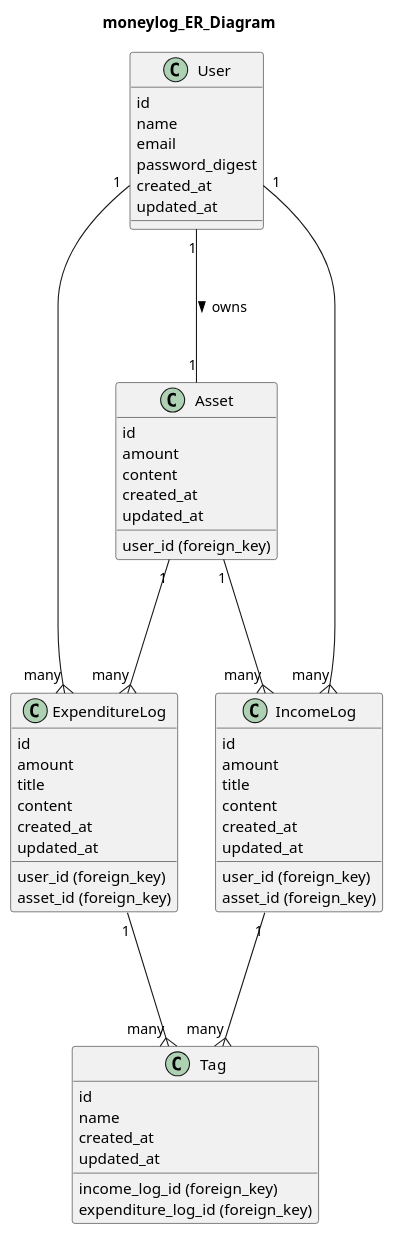
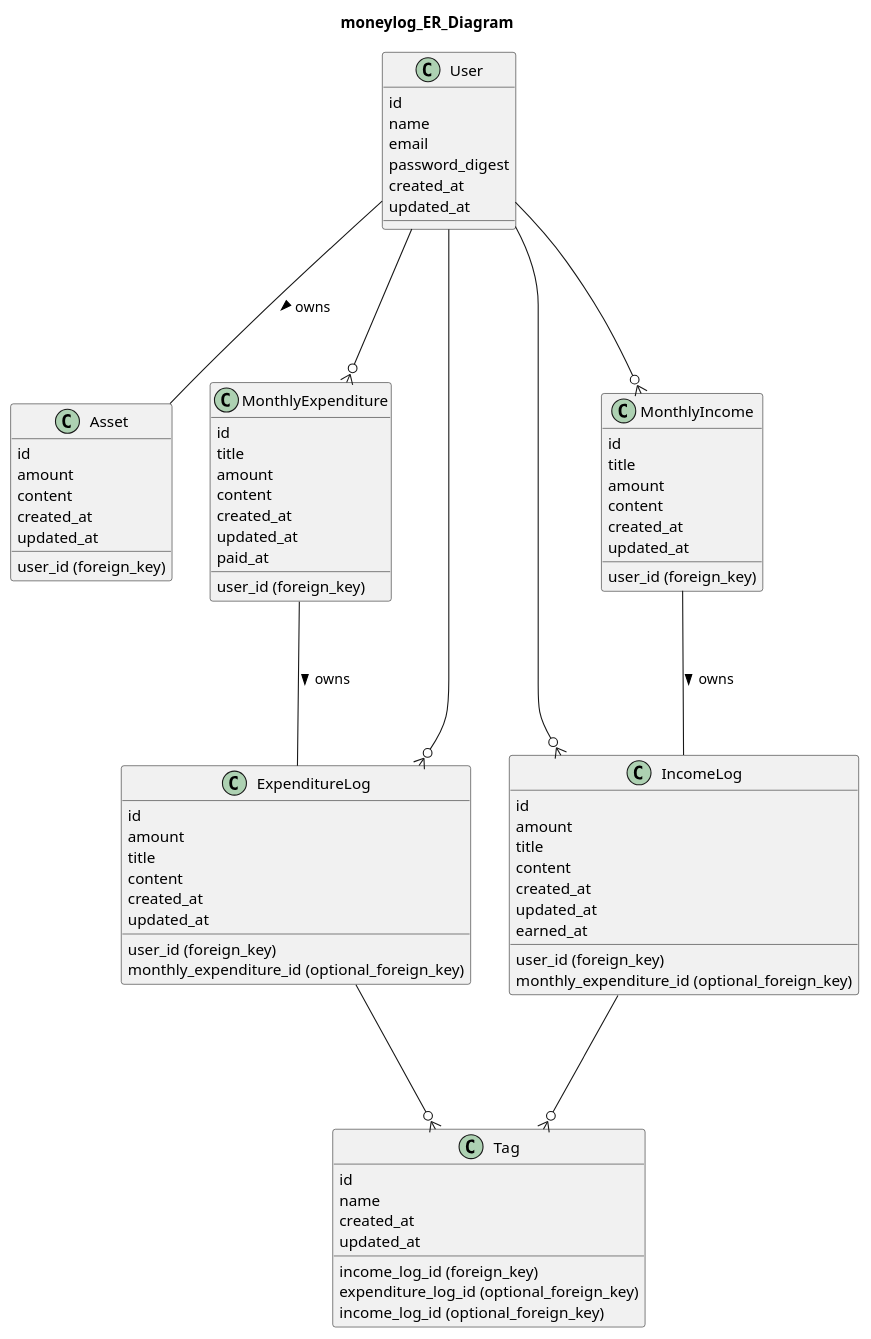
One commit to digitter/moneylog changed the diagram in moneylog_doc/moneylog_uml.pu. Above: the diagram before and after it, drawn with PlantUML.

Commit message:
update uml

```diff
--- a/moneylog_doc/moneylog_uml.pu
+++ b/moneylog_doc/moneylog_uml.pu
@@ -1,59 +1,82 @@
 @startuml
   title moneylog_ER_Diagram
 
   ' Relationship
-  User "1" --- "1" Asset: owns >
-  User "1" ---{ "many" ExpenditureLog
-  User "1" ---{ "many" IncomeLog
+  User --- Asset: owns >
+  User ---o{ ExpenditureLog
+  User ---o{ IncomeLog
+  User ---o{ MonthlyExpenditure
+  User ---o{ MonthlyIncome
 
-  Asset "1" ---{ "many" ExpenditureLog
-  Asset "1" ---{ "many" IncomeLog
+  MonthlyExpenditure --- ExpenditureLog: owns >
+  MonthlyIncome --- IncomeLog: owns >
 
-  IncomeLog "1" ---{ "many" Tag
-  ExpenditureLog "1" ---{ "many" Tag
+  IncomeLog ---o{ Tag
+  ExpenditureLog ---o{ Tag
 
   class User {
     id
     name
     email
     password_digest
     created_at
     updated_at
   }
   class Asset {
     id
     user_id (foreign_key)
     amount
     content
     created_at
     updated_at
   }
+  class MonthlyExpenditure {
+    id
+    user_id (foreign_key)
+    title
+    amount
+    content
+    created_at
+    updated_at
+    paid_at
+  }
+  class MonthlyIncome {
+    id
+    user_id (foreign_key)
+    title
+    amount
+    content
+    created_at
+    updated_at
+  }
   class IncomeLog {
     id
     user_id (foreign_key)
-    asset_id (foreign_key)
+    monthly_expenditure_id (optional_foreign_key)
     amount
     title
     content
     created_at
     updated_at
+    earned_at
   }
   class ExpenditureLog {
     id
     user_id (foreign_key)
-    asset_id (foreign_key)
+    monthly_expenditure_id (optional_foreign_key)
     amount
     title
     content
     created_at
     updated_at
   }
   class Tag {
     id
     income_log_id (foreign_key)
-    expenditure_log_id (foreign_key)
+    expenditure_log_id (optional_foreign_key)
+    income_log_id (optional_foreign_key)
     name
     created_at
     updated_at
   }
 @enduml
```
